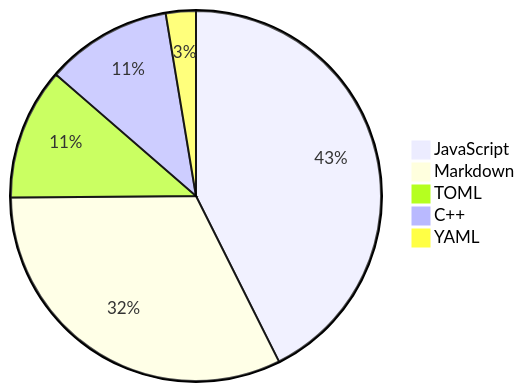
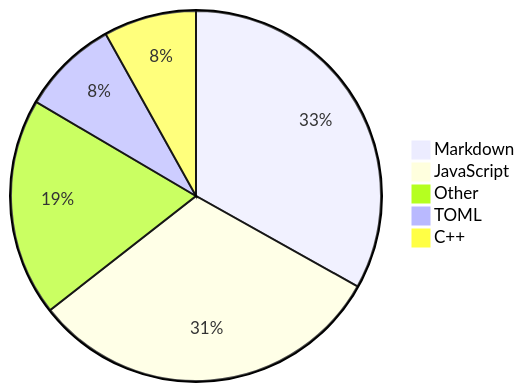
The diagram in README.md (Alicia111/alicia111), drawn with Mermaid before and after one commit.

Commit message:
Update WakaTime stats (・ω・)b

````diff
--- a/README.md
+++ b/README.md
@@ -32,8 +32,8 @@
 ```mermaid
 pie
-    "JavaScript" : 39.33
-    "Markdown" : 29.79
-    "TOML" : 10.61
-    "C++" : 10.16
-    "YAML" : 2.42
+    "Markdown" : 29.02
+    "JavaScript" : 27.43
+    "Other" : 16.67
+    "TOML" : 7.4
+    "C++" : 7.09
 ```
````
